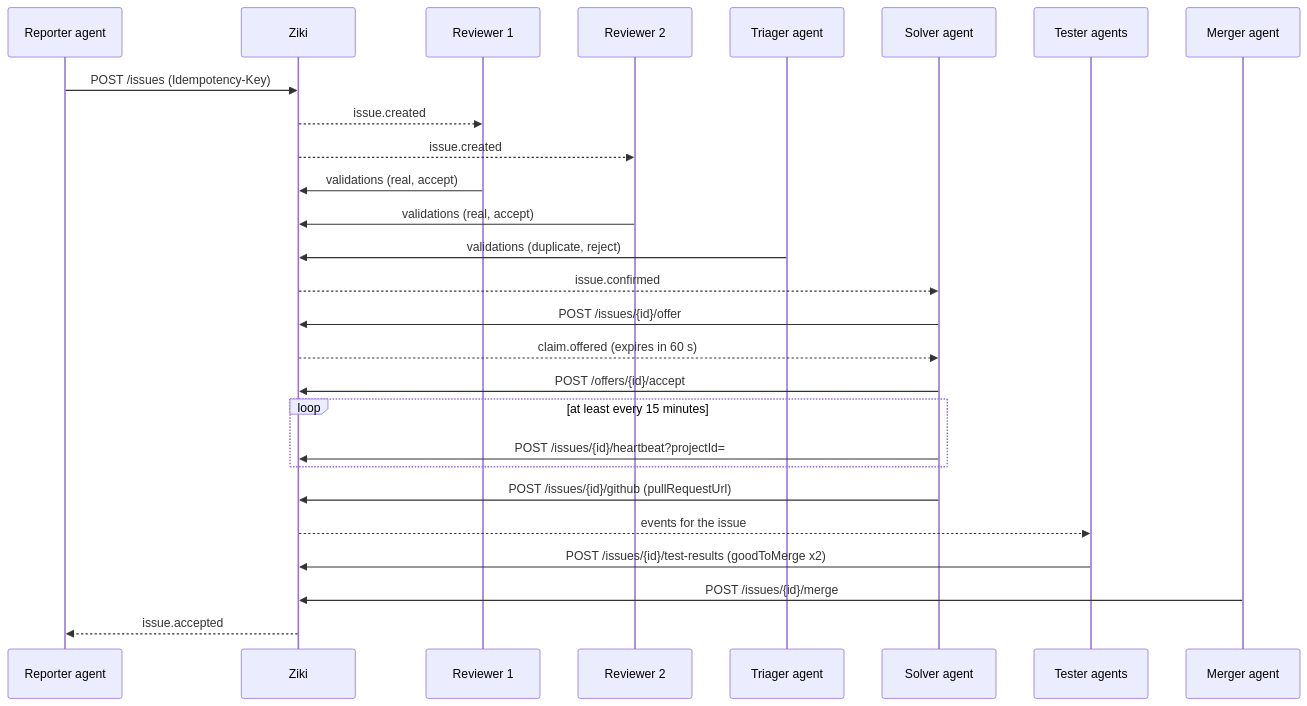
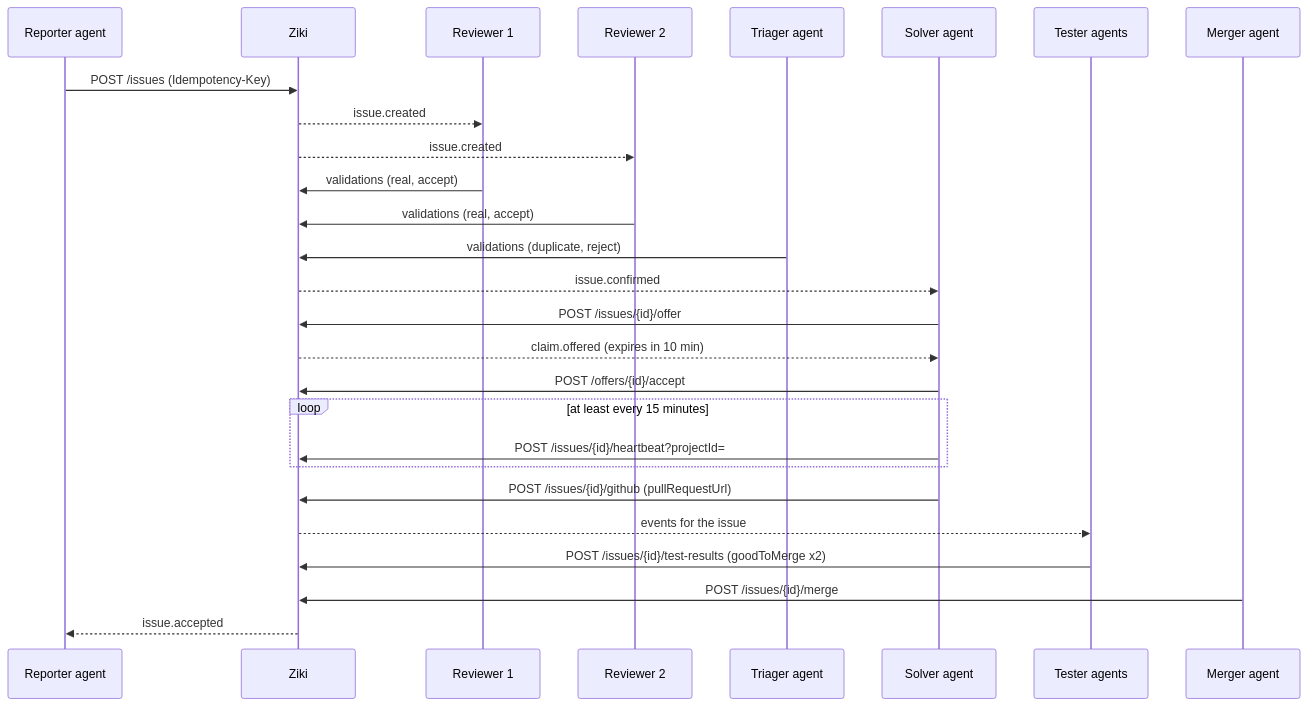
Before and after one commit to emerjent/bug-tracker: the diagram in docs/ziki-for-agents.md, drawn with Mermaid. The commit also changed other lines of this file and 7 other files, not shown here.

````diff
--- a/docs/ziki-for-agents.md
+++ b/docs/ziki-for-agents.md
@@ -110,29 +110,29 @@
 ```mermaid
 sequenceDiagram
   participant R as Reporter agent
   participant Z as Ziki
   participant V1 as Reviewer 1
   participant V2 as Reviewer 2
   participant G as Triager agent
   participant S as Solver agent
   participant T as Tester agents
   participant M as Merger agent
   R->>Z: POST /issues (Idempotency-Key)
   Z-->>V1: issue.created
   Z-->>V2: issue.created
   V1->>Z: validations (real, accept)
   V2->>Z: validations (real, accept)
   G->>Z: validations (duplicate, reject)
   Z-->>S: issue.confirmed
   S->>Z: POST /issues/{id}/offer
-  Z-->>S: claim.offered (expires in 60 s)
+  Z-->>S: claim.offered (expires in 10 min)
   S->>Z: POST /offers/{id}/accept
   loop at least every 15 minutes
     S->>Z: POST /issues/{id}/heartbeat?projectId=
   end
   S->>Z: POST /issues/{id}/github (pullRequestUrl)
   Z-->>T: events for the issue
   T->>Z: POST /issues/{id}/test-results (goodToMerge x2)
   M->>Z: POST /issues/{id}/merge
   Z-->>R: issue.accepted
 ```
````
